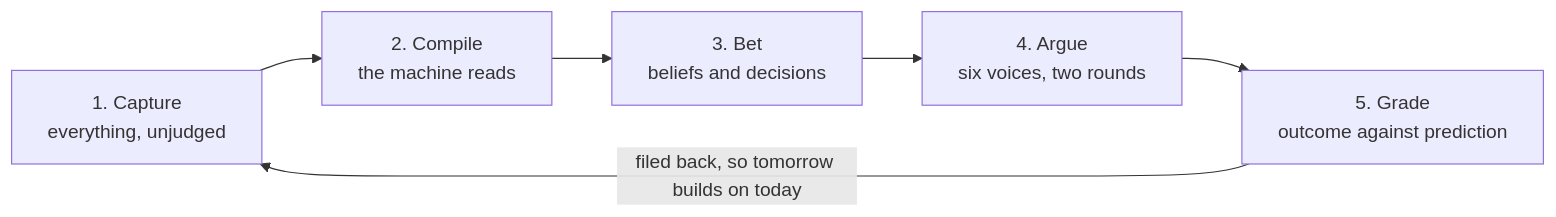
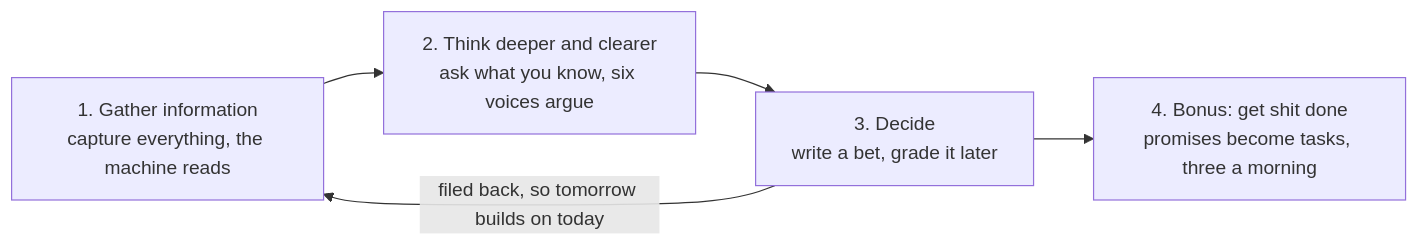
One commit to ezapmar/brainless-public changed the first of 3 diagrams in docs/how-it-works.md. Above: the diagram before and after it, drawn with Mermaid. The commit also changed other lines of this file and 15 other files, not shown here.

````diff
--- a/docs/how-it-works.md
+++ b/docs/how-it-works.md
@@ -14,8 +14,9 @@
 ```mermaid
 flowchart LR
-  C["1. Capture<br/>everything, unjudged"] --> M["2. Compile<br/>the machine reads"]
-  M --> B["3. Bet<br/>beliefs and decisions"]
-  B --> A["4. Argue<br/>six voices, two rounds"]
-  A --> G["5. Grade<br/>outcome against prediction"]
-  G -->|"filed back, so tomorrow builds on today"| C
+  G["1. Gather information<br/>capture everything, the machine reads"]
+  T["2. Think deeper and clearer<br/>ask what you know, six voices argue"]
+  D["3. Decide<br/>write a bet, grade it later"]
+  X["4. Bonus: get shit done<br/>promises become tasks, three a morning"]
+  G --> T --> D --> X
+  D -->|"filed back, so tomorrow builds on today"| G
 ```
````
